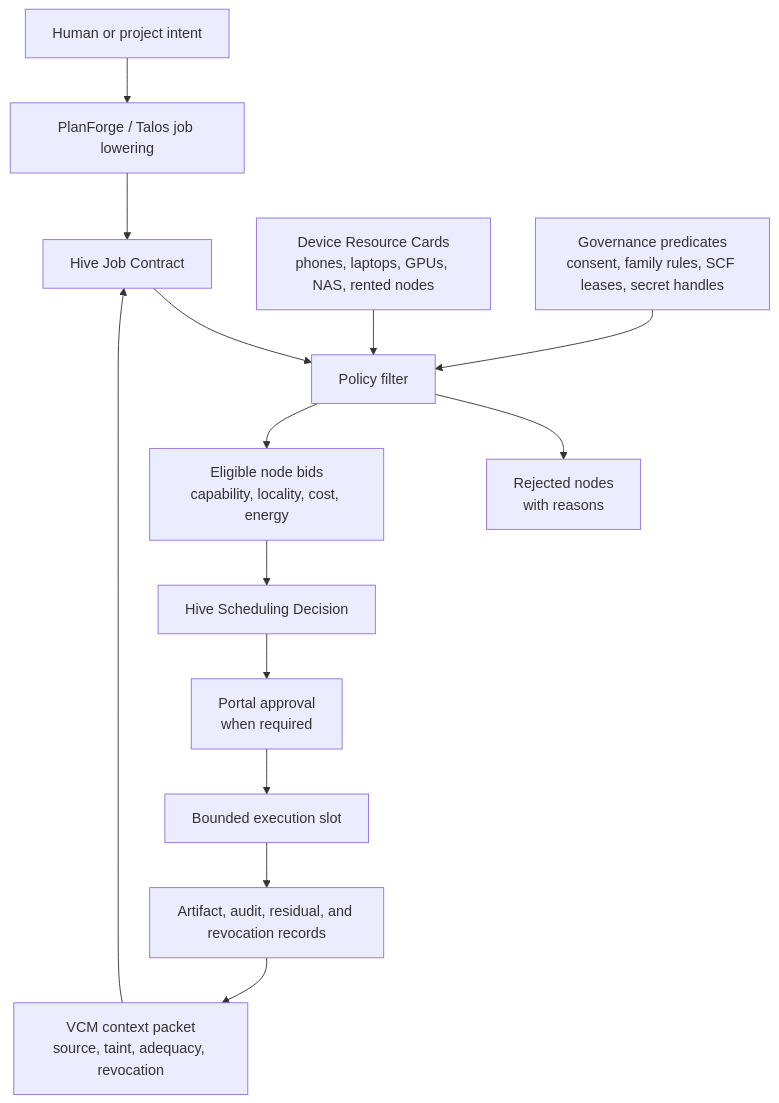
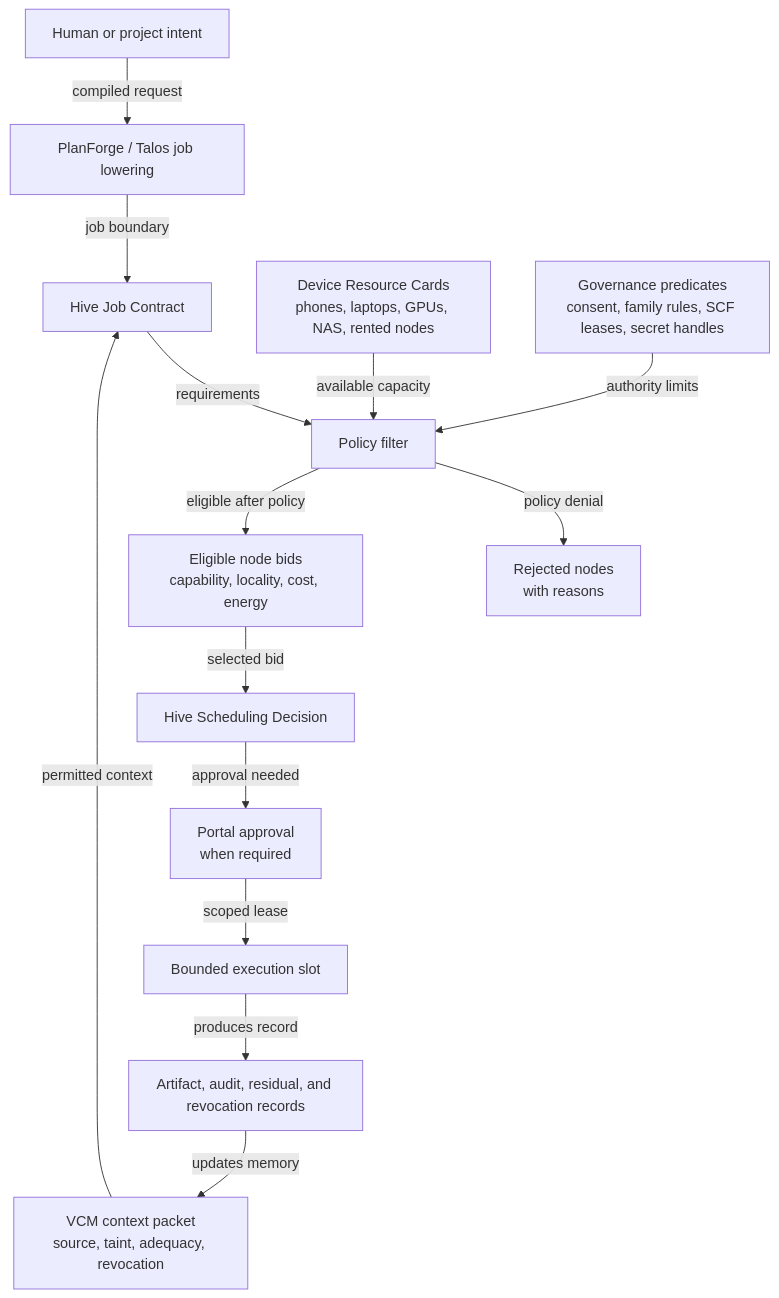
One commit to corbensorenson/asi-stack-book changed the diagram in chapters/personal-compute-hives-and-federated-edge-intelligence.qmd. Above: the diagram before and after it, drawn with Mermaid. The commit also changed 23 other files, not shown here.

Commit message:
Clarify source appendices and diagram transitions

````diff
--- a/chapters/personal-compute-hives-and-federated-edge-intelligence.qmd
+++ b/chapters/personal-compute-hives-and-federated-edge-intelligence.qmd
@@ -101,16 +101,16 @@
 ```{mermaid}
 flowchart TD
-  intent["Human or project intent"] --> plan["PlanForge / Talos job lowering"]
-  plan --> contract["Hive Job Contract"]
-  vcm["VCM context packet\nsource, taint, adequacy, revocation"] --> contract
-  registry["Device Resource Cards\nphones, laptops, GPUs, NAS, rented nodes"] --> filter["Policy filter"]
-  contract --> filter
-  gov["Governance predicates\nconsent, family rules, SCF leases, secret handles"] --> filter
-  filter --> rejected["Rejected nodes\nwith reasons"]
-  filter --> bids["Eligible node bids\ncapability, locality, cost, energy"]
-  bids --> decision["Hive Scheduling Decision"]
-  decision --> approval["Portal approval\nwhen required"]
-  approval --> execute["Bounded execution slot"]
-  execute --> evidence["Artifact, audit, residual, and revocation records"]
-  evidence --> vcm
+  intent["Human or project intent"] -- "compiled request" --> plan["PlanForge / Talos job lowering"]
+  plan -- "job boundary" --> contract["Hive Job Contract"]
+  vcm["VCM context packet\nsource, taint, adequacy, revocation"] -- "permitted context" --> contract
+  registry["Device Resource Cards\nphones, laptops, GPUs, NAS, rented nodes"] -- "available capacity" --> filter["Policy filter"]
+  contract -- "requirements" --> filter
+  gov["Governance predicates\nconsent, family rules, SCF leases, secret handles"] -- "authority limits" --> filter
+  filter -- "policy denial" --> rejected["Rejected nodes\nwith reasons"]
+  filter -- "eligible after policy" --> bids["Eligible node bids\ncapability, locality, cost, energy"]
+  bids -- "selected bid" --> decision["Hive Scheduling Decision"]
+  decision -- "approval needed" --> approval["Portal approval\nwhen required"]
+  approval -- "scoped lease" --> execute["Bounded execution slot"]
+  execute -- "produces record" --> evidence["Artifact, audit, residual, and revocation records"]
+  evidence -- "updates memory" --> vcm
 ```
````
